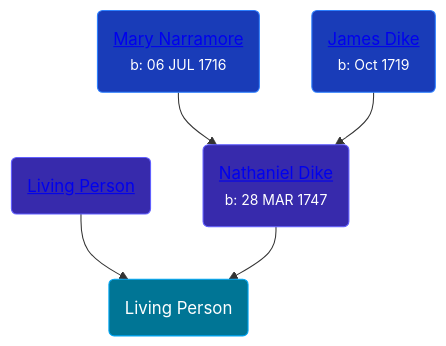
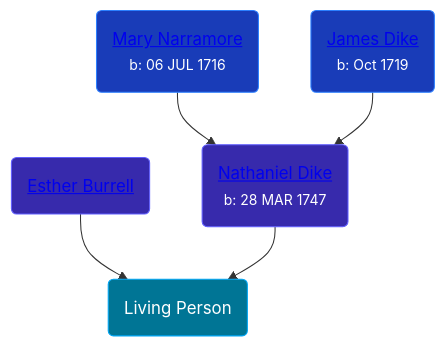
One commit to wpmgotkh/wpmgotkh.github.io changed the diagram in pages/people/3/3859108.md. Above: the diagram before and after it, drawn with Mermaid. The commit also changed other lines of this file and 586 other files, not shown here.

Commit message:
feat: better shouldConsiderPersonLiving algo

````diff
--- a/pages/people/3/3859108.md
+++ b/pages/people/3/3859108.md
@@ -10,11 +10,11 @@
 ```mermaid
 graph
 classDef grands fill:#193cb8,stroke:#2b7fff,stroke-width:1px,color:#fff;
 classDef parents fill:#372aac,stroke:#615fff,stroke-width:1px,color:#fff;
 classDef primary fill:#007595,stroke:#00a6f4,stroke-width:1px,color:#fff;
 3859108(Living Person):::primary
-66432130(<a class="text-white" href="/people/6/66432130">Living Person</a>):::parents-->3859108
+66432130(<a class="text-white" href="/people/6/66432130">Esther Burrell</a>):::parents-->3859108
 36914917(<a class="text-white" href="/people/3/36914917">Nathaniel Dike</a><br /><small>b: 28 MAR 1747</small>):::parents-->3859108
 34713515(<a class="text-white" href="/people/3/34713515">Mary Narramore</a><br /><small>b: 06 JUL 1716</small>):::grands-->36914917
 20400692(<a class="text-white" href="/people/2/20400692">James Dike</a><br /><small>b: Oct 1719</small>):::grands-->36914917
 ```
````
